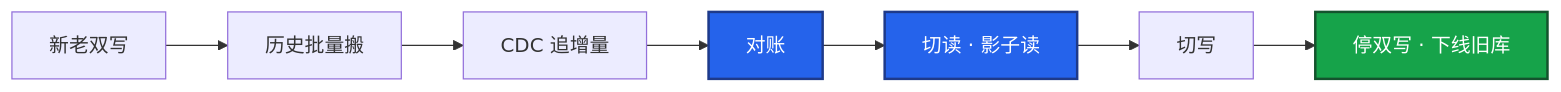
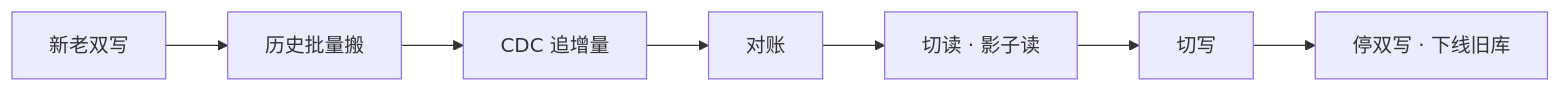
One commit to ml-cuizijun/LearnToLilith changed the fourth of 6 diagrams in 02-中间件与数据库/07-分库分表与中间件/知识点.md. Above: the diagram before and after it, drawn with Mermaid. The commit also changed other lines of this file and 470 other files, not shown here.

````diff
--- a/02-中间件与数据库/07-分库分表与中间件/知识点.md
+++ b/02-中间件与数据库/07-分库分表与中间件/知识点.md
@@ -511,14 +503,12 @@
 ```mermaid
 flowchart LR
     A[新老双写] --> B[历史批量搬]
     B --> C[CDC 追增量]
     C --> D[对账]
     D --> E[切读 · 影子读]
     E --> F[切写]
     F --> G[停双写 · 下线旧库]
 
-    classDef ok fill:#16A34A,stroke:#14532D,stroke-width:2px,color:#fff
-    classDef mid fill:#2563EB,stroke:#1E3A8A,stroke-width:2px,color:#fff
     class G ok
     class D,E mid
 ```
````
